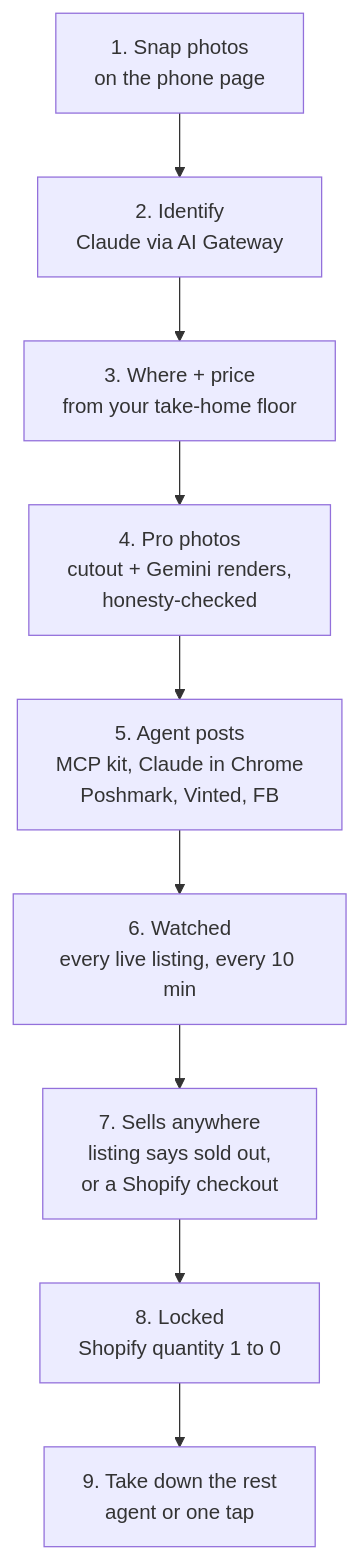
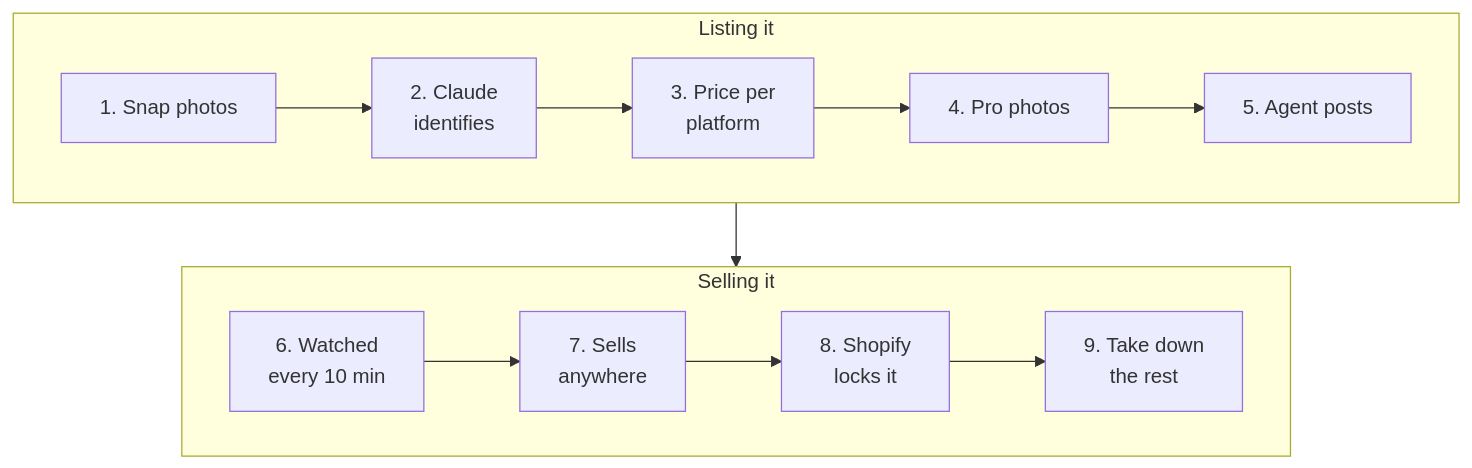
One commit to yingying-chu/agentic-selling changed the first of 2 diagrams in README.md. Above: the diagram before and after it, drawn with Mermaid. The commit also changed other lines of this file, not shown here.

Commit message:
README: compact two-row flow chart with a step table

````diff
--- a/README.md
+++ b/README.md
@@ -23,11 +23,12 @@
 ```mermaid
-flowchart TD
-    A["1. Snap photos<br/>on the phone page"] --> B["2. Identify<br/>Claude via AI Gateway"]
-    B --> C["3. Where + price<br/>from your take-home floor"]
-    C --> D["4. Pro photos<br/>cutout + Gemini renders,<br/>honesty-checked"]
-    D --> E["5. Agent posts<br/>MCP kit, Claude in Chrome<br/>Poshmark, Vinted, FB"]
-    E --> F["6. Watched<br/>every live listing, every 10 min"]
-    F --> G["7. Sells anywhere<br/>listing says sold out,<br/>or a Shopify checkout"]
-    G --> H["8. Locked<br/>Shopify quantity 1 to 0"]
-    H --> I["9. Take down the rest<br/>agent or one tap"]
+flowchart TB
+    subgraph L["Listing it"]
+        direction LR
+        A["1. Snap photos"] --> B["2. Claude<br/>identifies"] --> C["3. Price per<br/>platform"] --> D["4. Pro photos"] --> E["5. Agent posts"]
+    end
+    subgraph S["Selling it"]
+        direction LR
+        F["6. Watched<br/>every 10 min"] --> G["7. Sells<br/>anywhere"] --> H["8. Shopify<br/>locks it"] --> I["9. Take down<br/>the rest"]
+    end
+    L --> S
 ```
````
